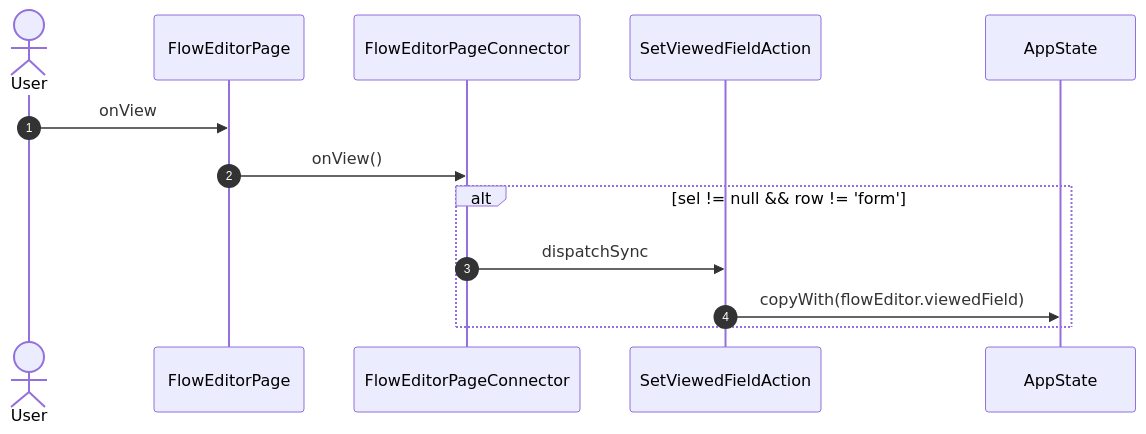
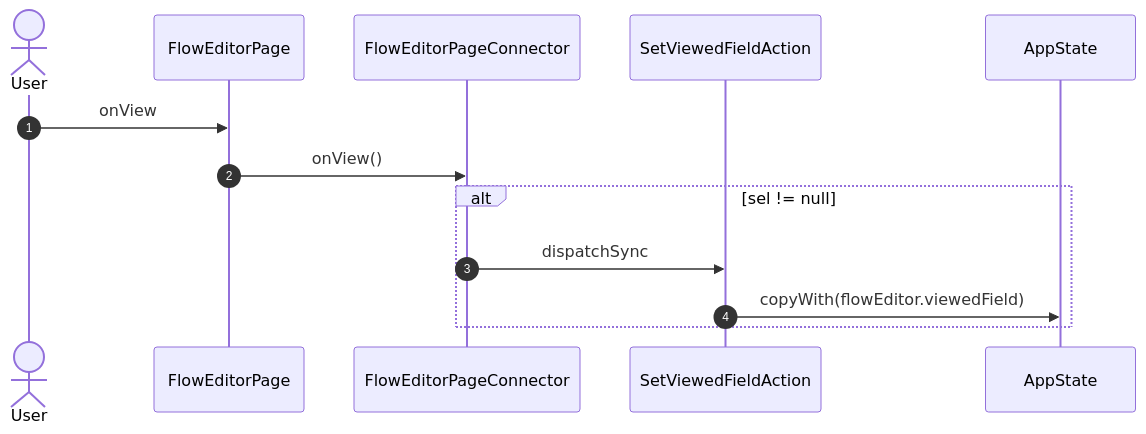
The second of 24 diagrams in studio/docs/flows/flowEditor.md (gencto/wyrm), drawn with Mermaid before and after one commit.

Commit message:
studio: flow docs after the Form row viewer

````diff
--- a/studio/docs/flows/flowEditor.md
+++ b/studio/docs/flows/flowEditor.md
@@ -27,16 +27,16 @@
 ```mermaid
 sequenceDiagram
     autonumber
     actor User
     participant UI as FlowEditorPage
     participant VM as FlowEditorPageConnector
     participant A1 as SetViewedFieldAction
     participant ST as AppState
 
     User->>UI: onView
     UI->>VM: onView()
-    alt sel != null && row != 'form'
+    alt sel != null
         VM->>A1: dispatchSync
         A1->>ST: copyWith(flowEditor.viewedField)
     end
 ```
````
